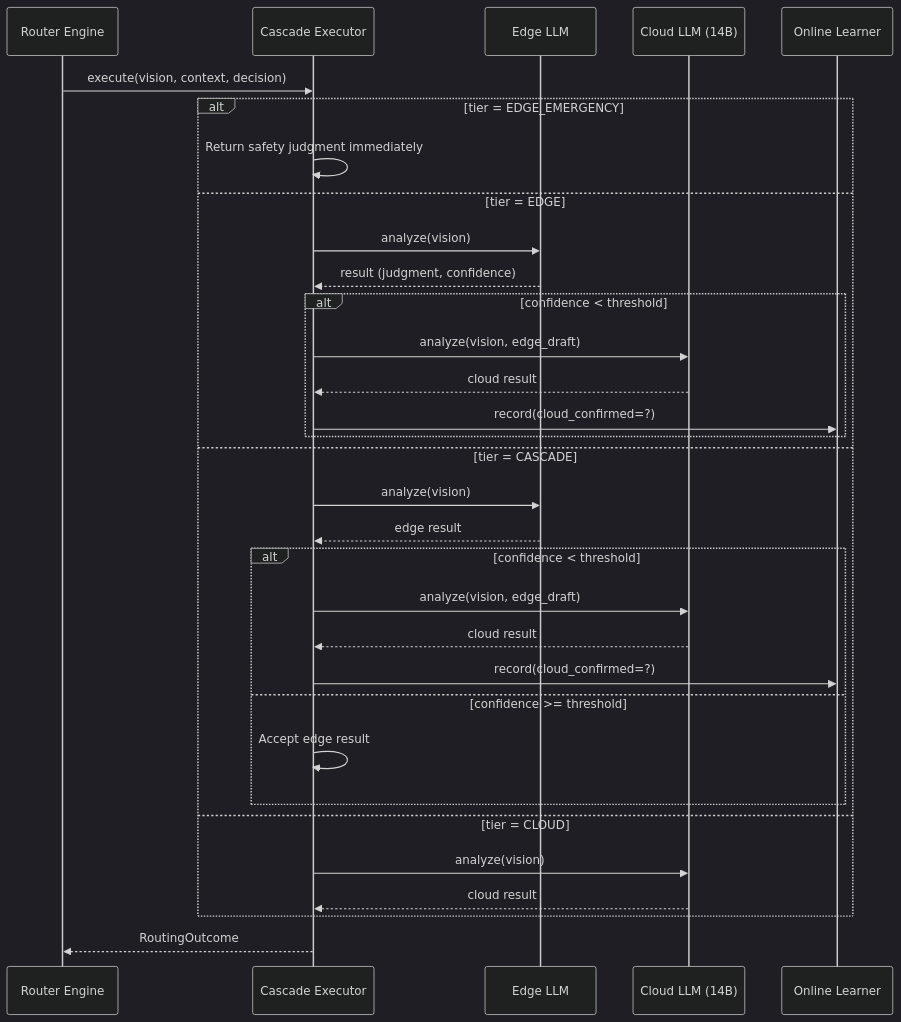
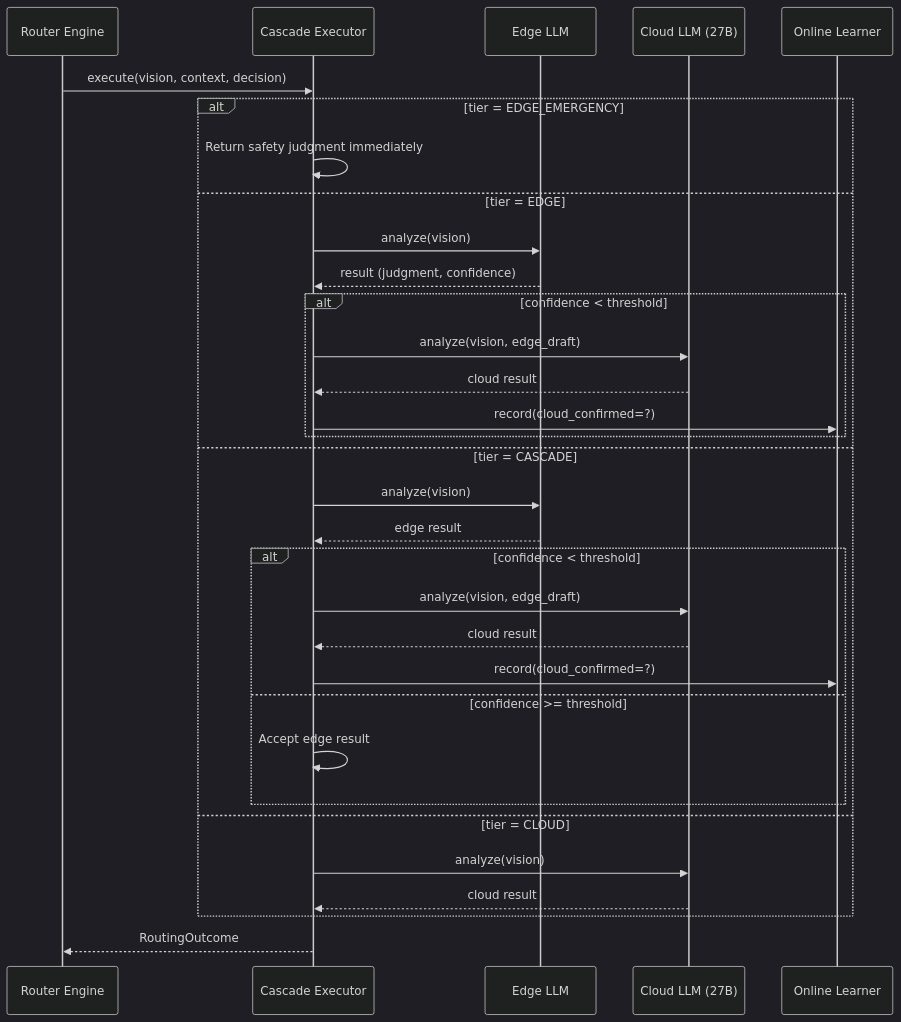
Before and after one commit to zcyyyds-test/EdgeCloudInference: the third of 3 diagrams in docs/architecture.md, drawn with Mermaid (dark theme). The commit also changed other lines of this file and 29 other files, not shown here.

First line of the commit message:
refactor: replace 4B edge model with 0.8B + redesign routing architecture

````diff
--- a/docs/architecture.md
+++ b/docs/architecture.md
@@ -120,37 +118,37 @@
 ```mermaid
 sequenceDiagram
     participant R as Router Engine
     participant C as Cascade Executor
     participant E as Edge LLM
-    participant CL as Cloud LLM (14B)
+    participant CL as Cloud LLM (27B)
     participant L as Online Learner
 
     R->>C: execute(vision, context, decision)
 
     alt tier = EDGE_EMERGENCY
         C->>C: Return safety judgment immediately
     else tier = EDGE
         C->>E: analyze(vision)
         E-->>C: result (judgment, confidence)
         alt confidence < threshold
             C->>CL: analyze(vision, edge_draft)
             CL-->>C: cloud result
             C->>L: record(cloud_confirmed=?)
         end
     else tier = CASCADE
         C->>E: analyze(vision)
         E-->>C: edge result
         alt confidence < threshold
             C->>CL: analyze(vision, edge_draft)
             CL-->>C: cloud result
             C->>L: record(cloud_confirmed=?)
         else confidence >= threshold
             C->>C: Accept edge result
         end
     else tier = CLOUD
         C->>CL: analyze(vision)
         CL-->>C: cloud result
     end
 
     C-->>R: RoutingOutcome
 ```
````
